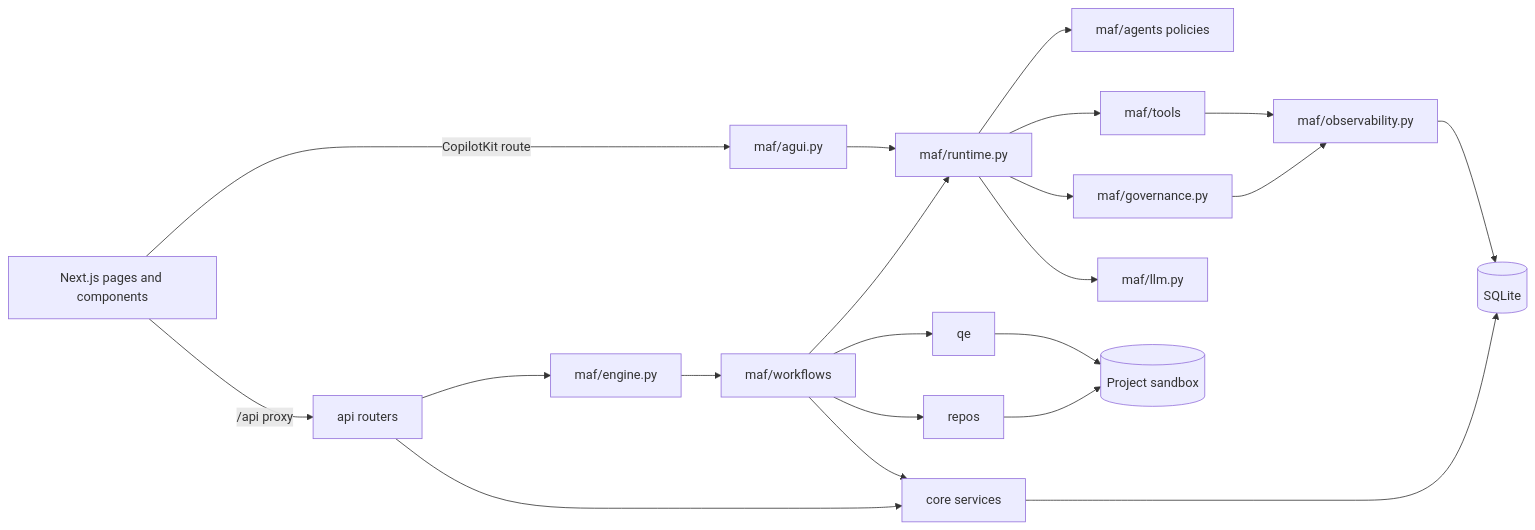
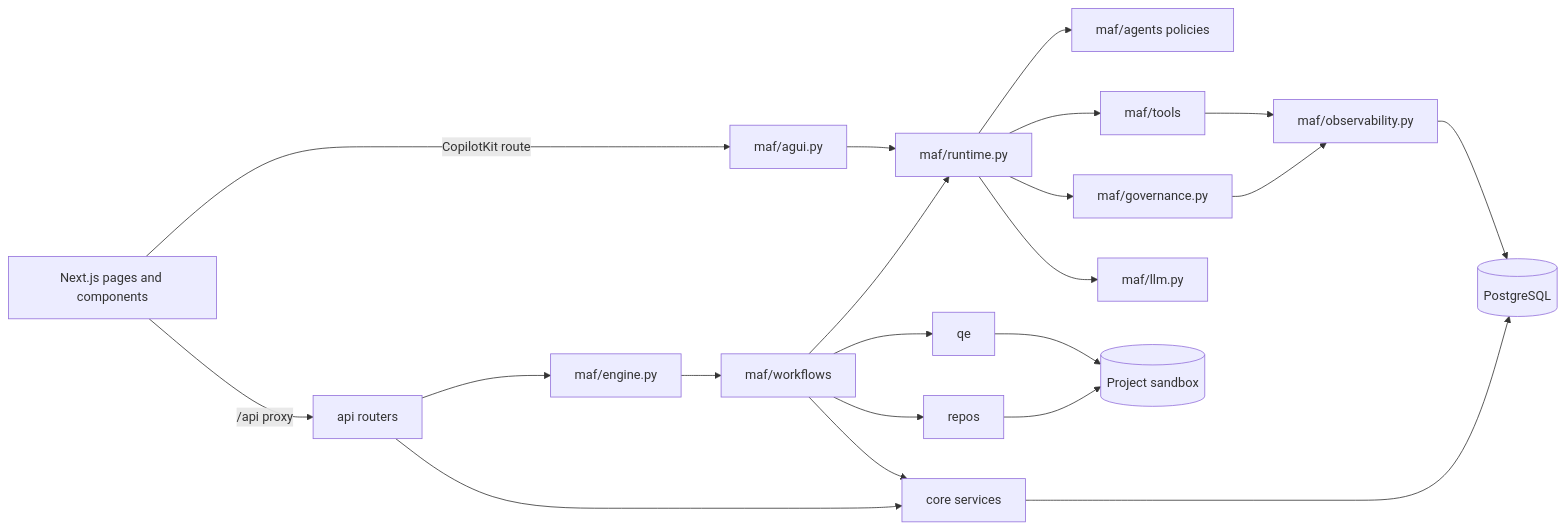
One commit to sarveshtalele/agentic-harness changed the diagram in docs/PROJECT_STRUCTURE.md. Above: the diagram before and after it, drawn with Mermaid. The commit also changed other lines of this file and 66 other files, not shown here.

````diff
--- a/docs/PROJECT_STRUCTURE.md
+++ b/docs/PROJECT_STRUCTURE.md
@@ -9,23 +9,23 @@
 ```mermaid
 flowchart LR
   UI[Next.js pages and components] -->|/api proxy| API[api routers]
   UI -->|CopilotKit route| AGUI[maf/agui.py]
   API --> ENGINE[maf/engine.py]
   API --> CORE[core services]
   ENGINE --> WF[maf/workflows]
   WF --> RT[maf/runtime.py]
   AGUI --> RT
   RT --> AG[maf/agents policies]
   RT --> TOOLS[maf/tools]
   RT --> GOV[maf/governance.py]
   RT --> LLM[maf/llm.py]
   WF --> REPOS[repos]
   WF --> QE[qe]
   WF --> CORE
   GOV --> OBS[maf/observability.py]
   TOOLS --> OBS
-  CORE --> DB[(SQLite)]
+  CORE --> DB[(PostgreSQL)]
   OBS --> DB
   REPOS --> SBX[(Project sandbox)]
   QE --> SBX
 ```
````
